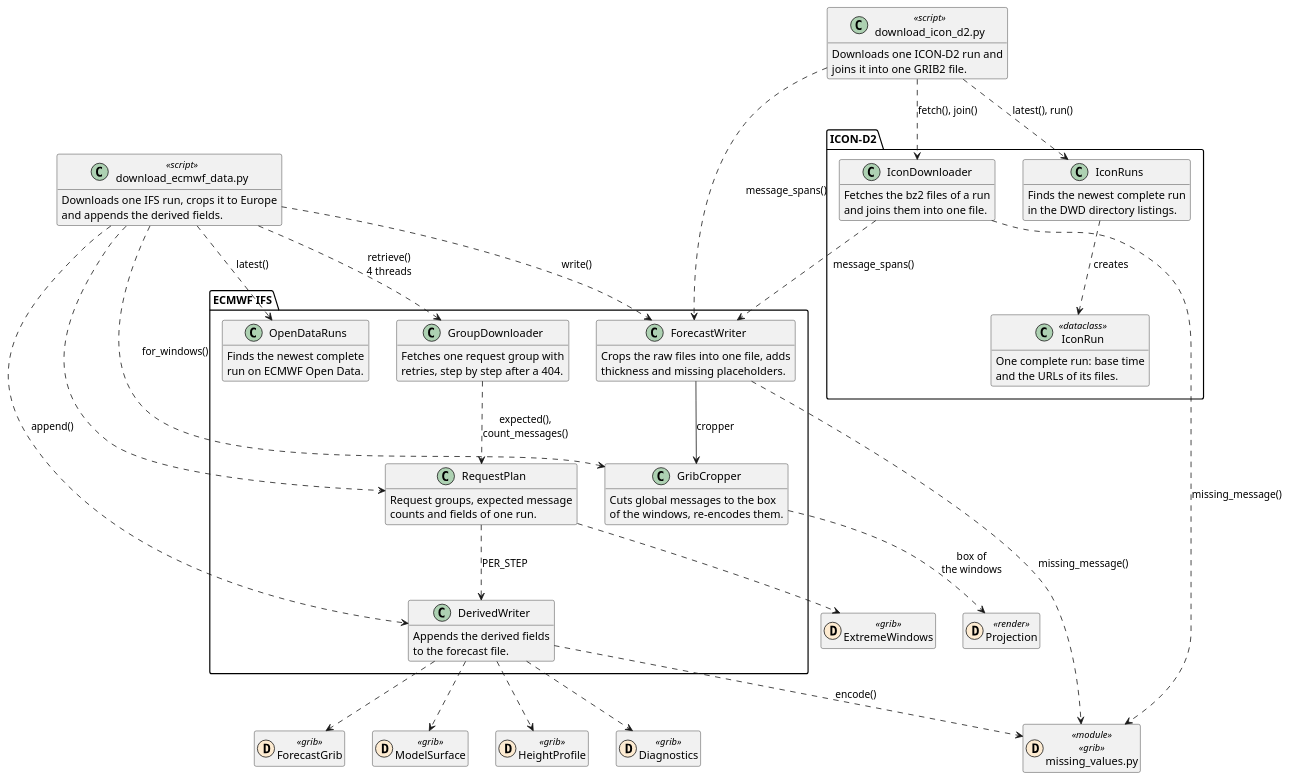
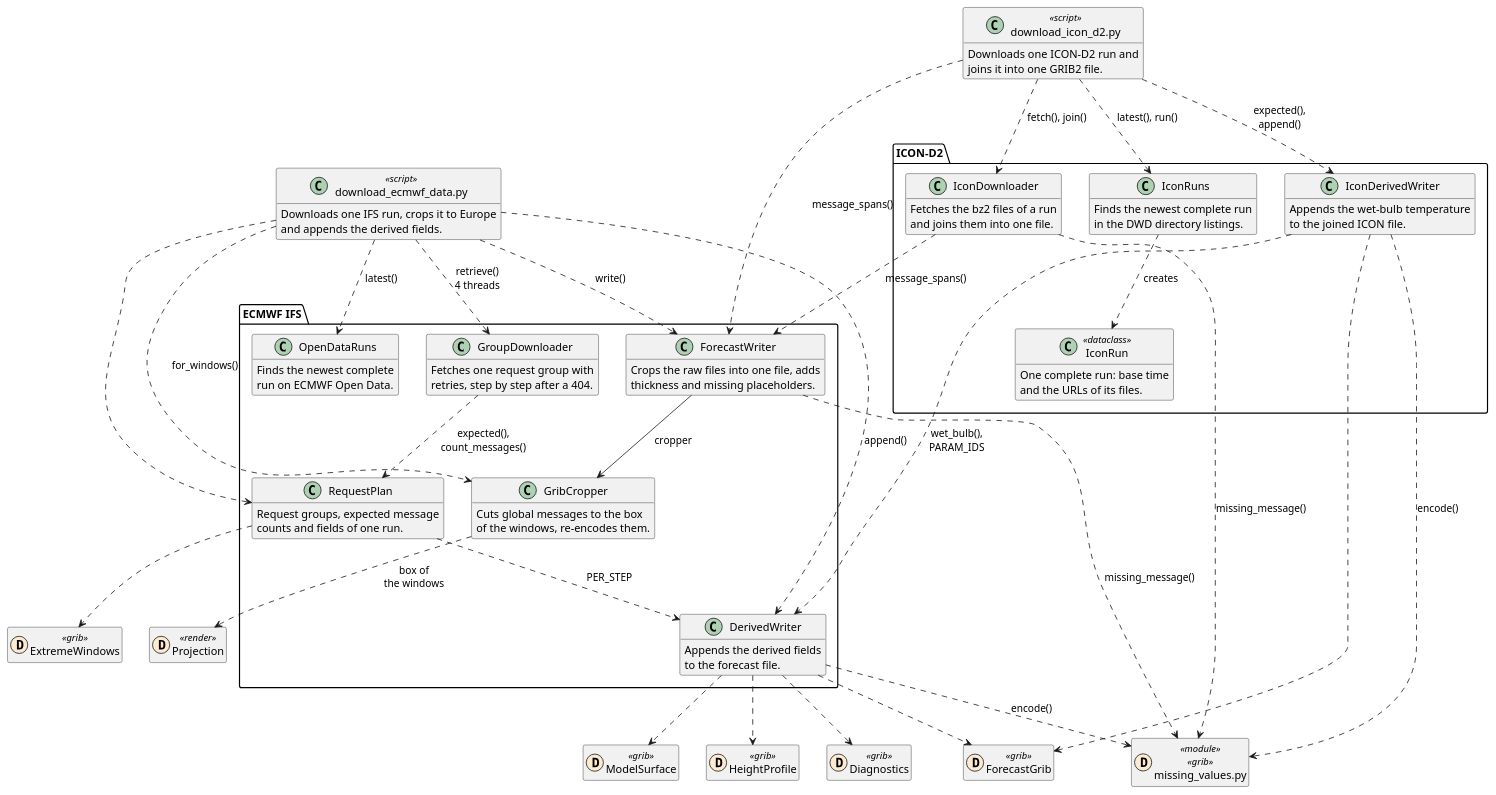
The third of 5 diagrams in REFERENCE.scripts.md (schletz/wetterkartenviewer), drawn with PlantUML before and after one commit. The commit also changed other lines of this file and 25 other files, not shown here.

First line of the commit message:
Add 2 m dew point and wet-bulb temperature

```diff
--- a/REFERENCE.scripts.md
+++ b/REFERENCE.scripts.md
@@ -277,6 +277,10 @@
  Fetches the bz2 files of a run
  and joins them into one file.
  }
+ class IconDerivedWriter {
+ Appends the wet-bulb temperature
+ to the joined ICON file.
+ }
 }
 class "missing_values.py" as missing_values <<module>> << (D,#fdebd1) grib >>
 class ExtremeWindows << (D,#fdebd1) grib >>
@@ -293,6 +297,10 @@
 download_ecmwf ..> DerivedWriter : append()
 download_icon ..> IconRuns : latest(), run()
 download_icon ..> IconDownloader : fetch(), join()
+download_icon ..> IconDerivedWriter : expected(),\nappend()
+IconDerivedWriter ..> DerivedWriter : wet_bulb(),\nPARAM_IDS
+IconDerivedWriter ..> ForecastGrib
+IconDerivedWriter ..> missing_values : encode()
 download_icon ..> ForecastWriter : message_spans()
 GroupDownloader ..> RequestPlan : expected(),\ncount_messages()
 RequestPlan ..> ExtremeWindows
```
